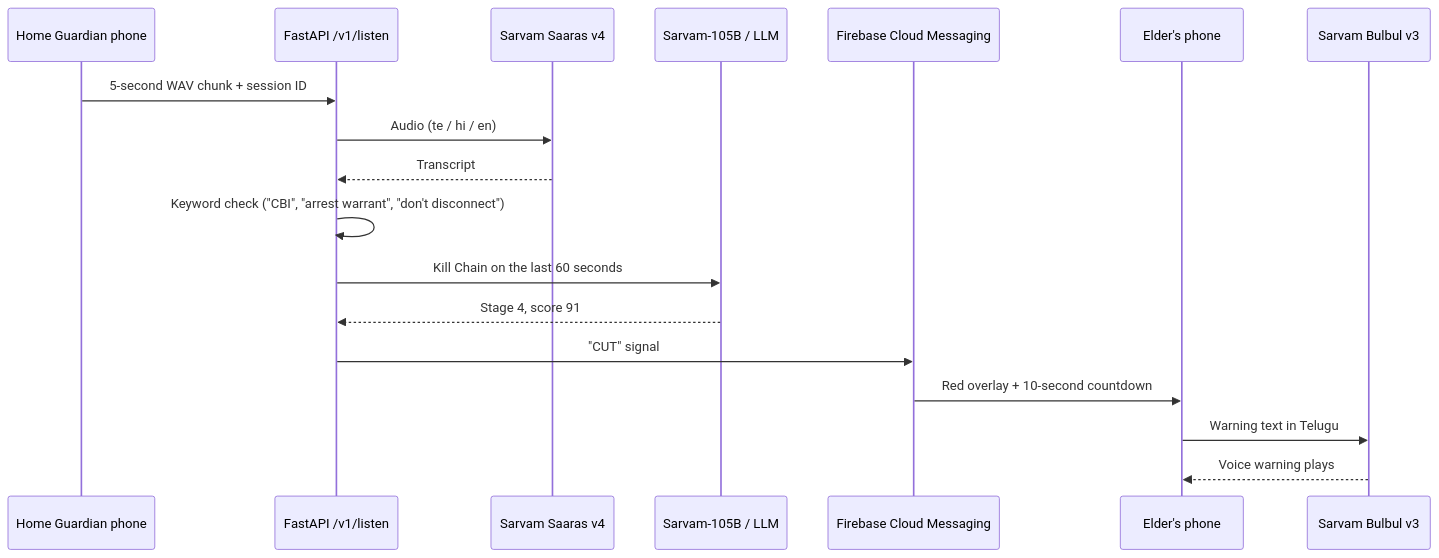
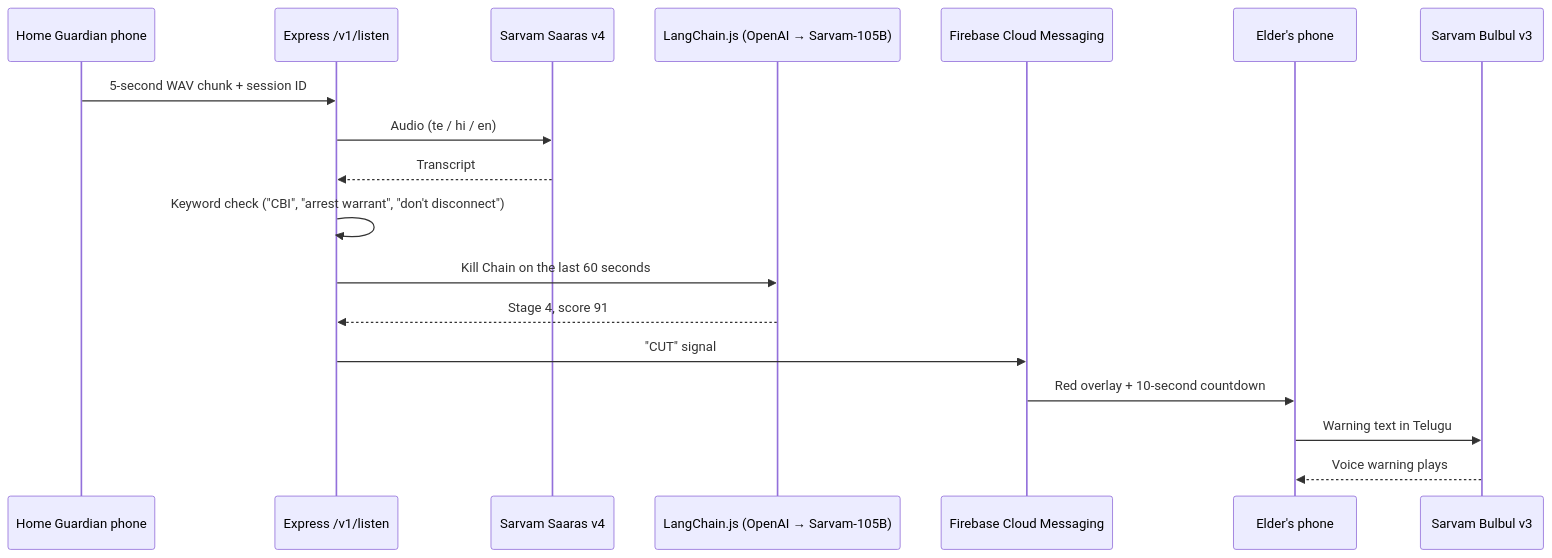
The second of 4 diagrams in README.md (MR-SAIRAM-7/Satark), drawn with Mermaid before and after one commit. The commit also changed other lines of this file, not shown here.

First line of the commit message:
Switch README to React Native + Node.js/Express stack

````diff
--- a/README.md
+++ b/README.md
@@ -314,21 +327,21 @@
 ```mermaid
 sequenceDiagram
     participant HG as Home Guardian phone
-    participant API as FastAPI /v1/listen
+    participant API as Express /v1/listen
     participant STT as Sarvam Saaras v4
-    participant LLM as Sarvam-105B / LLM
+    participant LLM as LangChain.js (OpenAI → Sarvam-105B)
     participant FCM as Firebase Cloud Messaging
     participant E as Elder's phone
     participant TTS as Sarvam Bulbul v3
 
     HG->>API: 5-second WAV chunk + session ID
     API->>STT: Audio (te / hi / en)
     STT-->>API: Transcript
     API->>API: Keyword check ("CBI", "arrest warrant", "don't disconnect")
     API->>LLM: Kill Chain on the last 60 seconds
     LLM-->>API: Stage 4, score 91
     API->>FCM: "CUT" signal
     FCM->>E: Red overlay + 10-second countdown
     E->>TTS: Warning text in Telugu
     TTS-->>E: Voice warning plays
 ```
````
